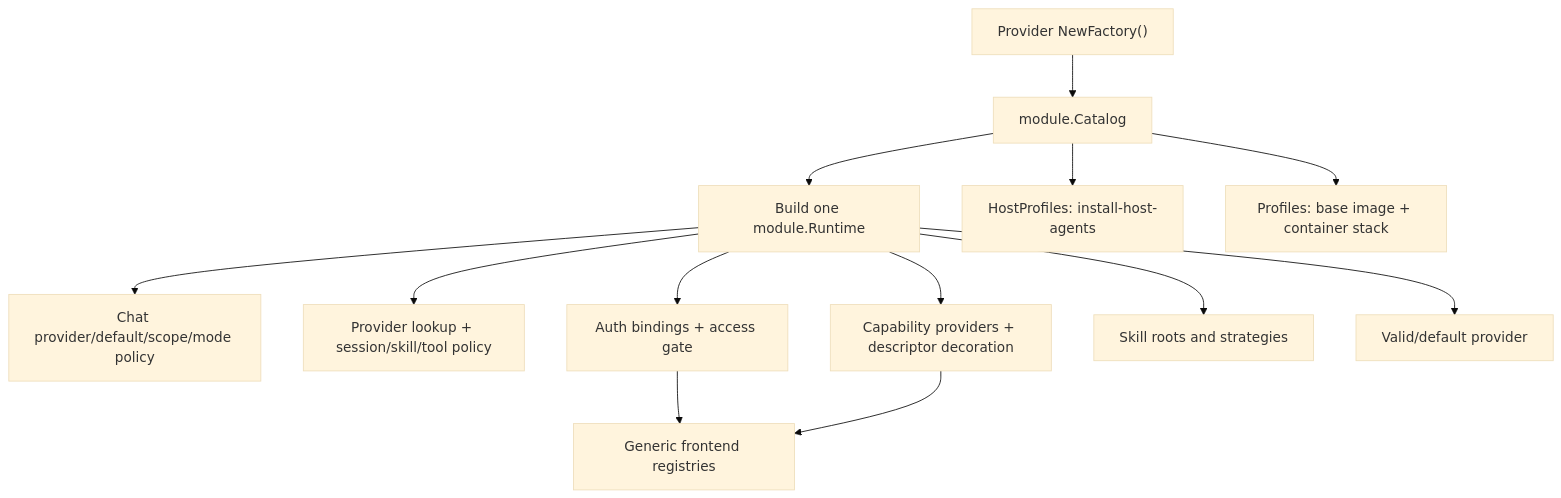
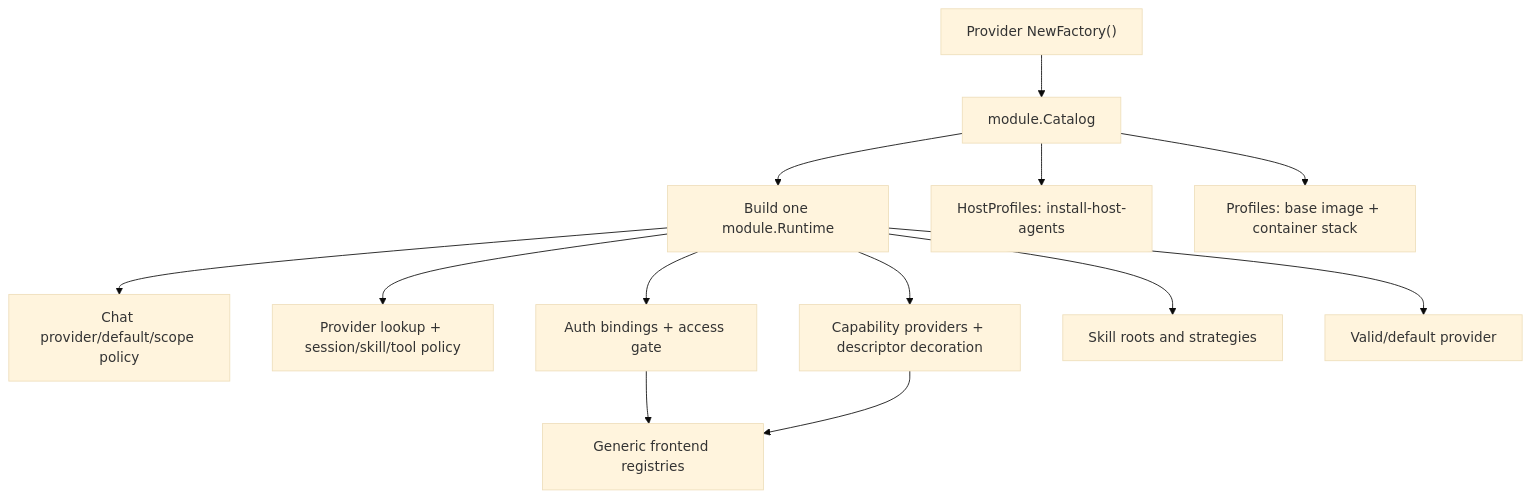
Before and after one commit to AbdallahMohamedDotnet/remote.futrx: the first of 3 diagrams in docs/dev/agents/06-features-and-platform-consumers.md, drawn with Mermaid (base theme). The commit also changed other lines of this file and 153 other files, not shown here.

````diff
--- a/docs/dev/agents/06-features-and-platform-consumers.md
+++ b/docs/dev/agents/06-features-and-platform-consumers.md
@@ -90,15 +88,15 @@
 ```mermaid
 flowchart TD
     Factory["Provider NewFactory()"] --> Catalog["module.Catalog"]
     Catalog --> Build["Build one module.Runtime"]
     Catalog --> Host["HostProfiles: install-host-agents"]
     Catalog --> Project["Profiles: base image + container stack"]
-    Build --> Chat["Chat provider/default/scope/mode policy"]
+    Build --> Chat["Chat provider/default/scope policy"]
     Build --> Prompt["Provider lookup + session/skill/tool policy"]
     Build --> Auth["Auth bindings + access gate"]
     Build --> Caps["Capability providers + descriptor decoration"]
     Build --> Skills["Skill roots and strategies"]
     Build --> Settings["Valid/default provider"]
     Auth --> Frontend["Generic frontend registries"]
     Caps --> Frontend
 ```
````
